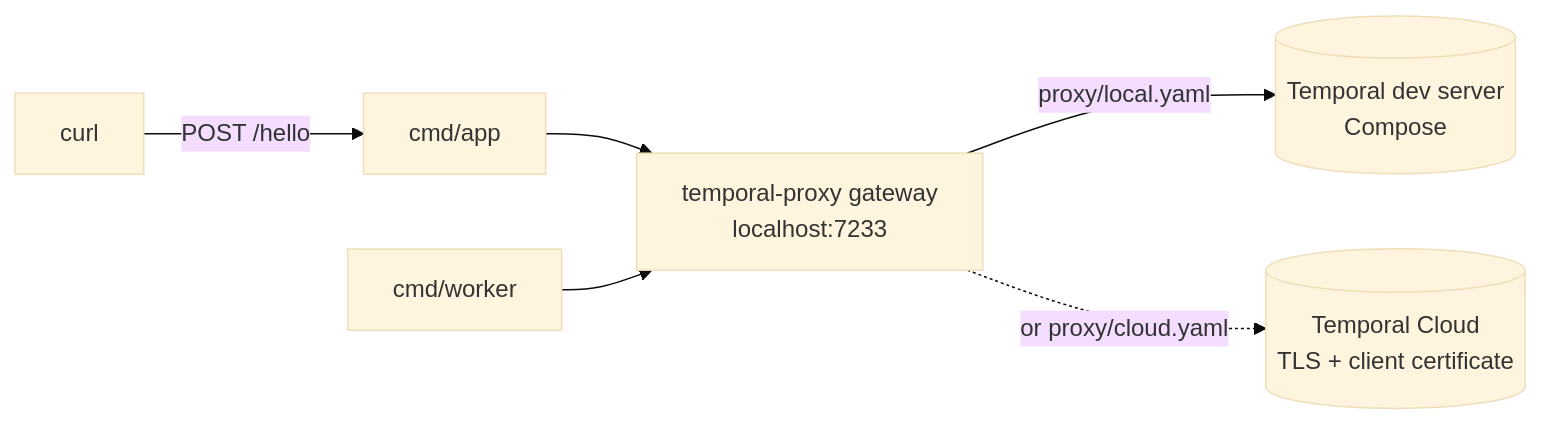
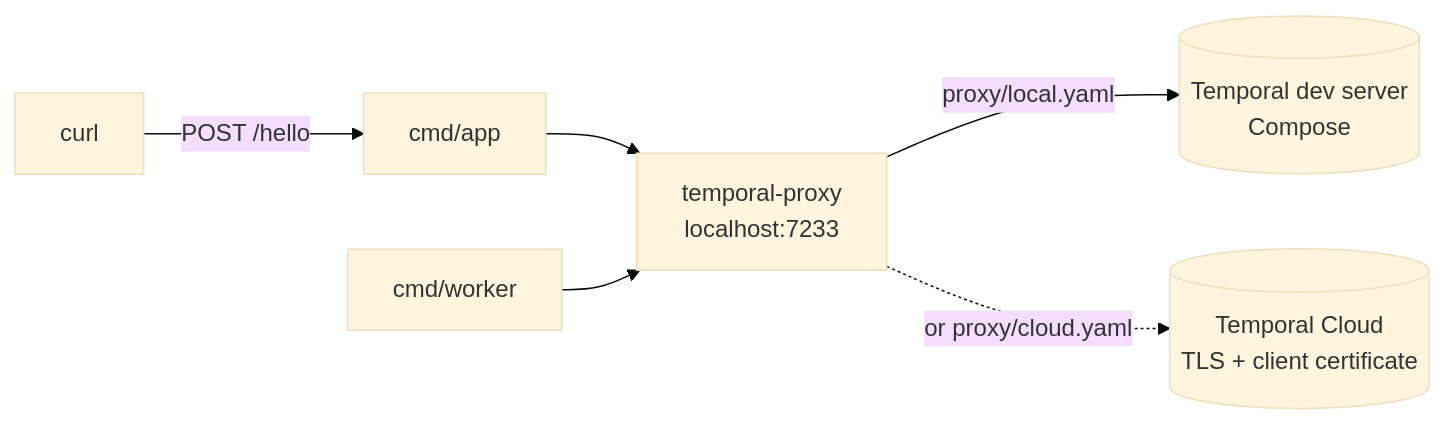
Before and after one commit to alexandreroman/temporal-proxy-demo: the diagram in README.md, drawn with Mermaid (base theme). The commit also changed other lines of this file and 12 other files, not shown here.

First line of the commit message:
Call the component temporal-proxy, not the gateway

````diff
--- a/README.md
+++ b/README.md
@@ -238,9 +237,9 @@
 ```mermaid
 graph LR
     H[curl] -->|POST /hello| A[cmd/app]
     A --> G
     W[cmd/worker] --> G
-    G[temporal-proxy gateway<br/>localhost:7233]
+    G[temporal-proxy<br/>localhost:7233]
     G -->|proxy/local.yaml| L[(Temporal dev server<br/>Compose)]
     G -.->|or proxy/cloud.yaml| C[(Temporal Cloud<br/>TLS + client certificate)]
 ```
````
